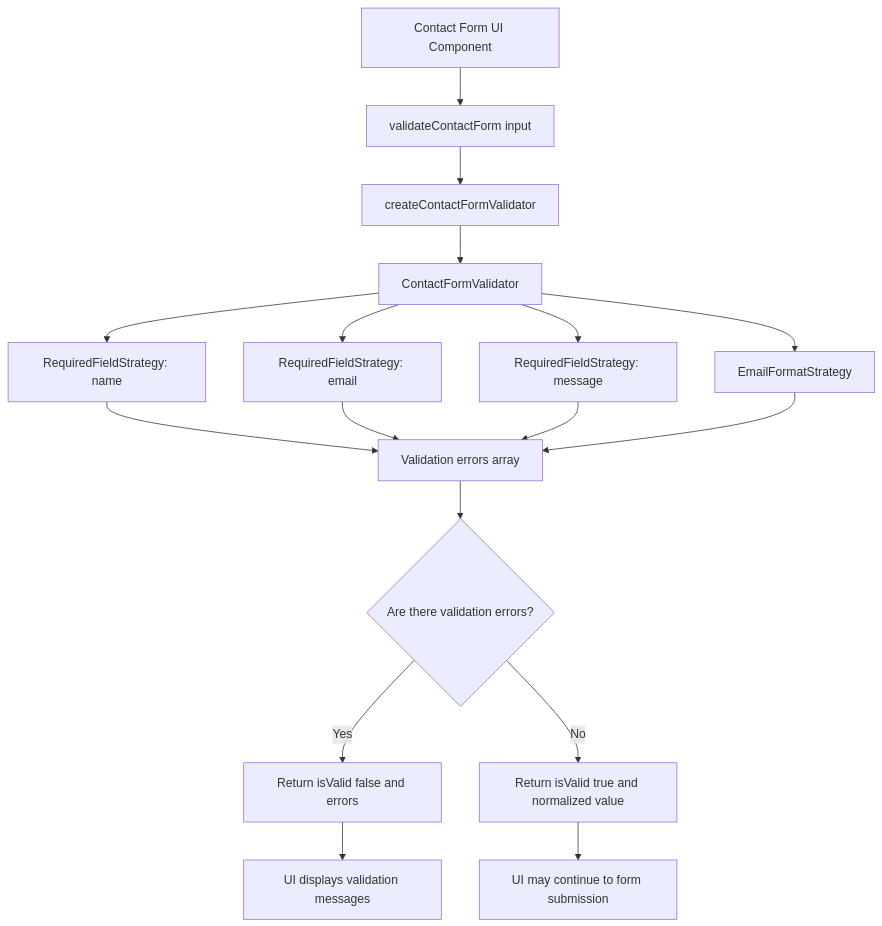
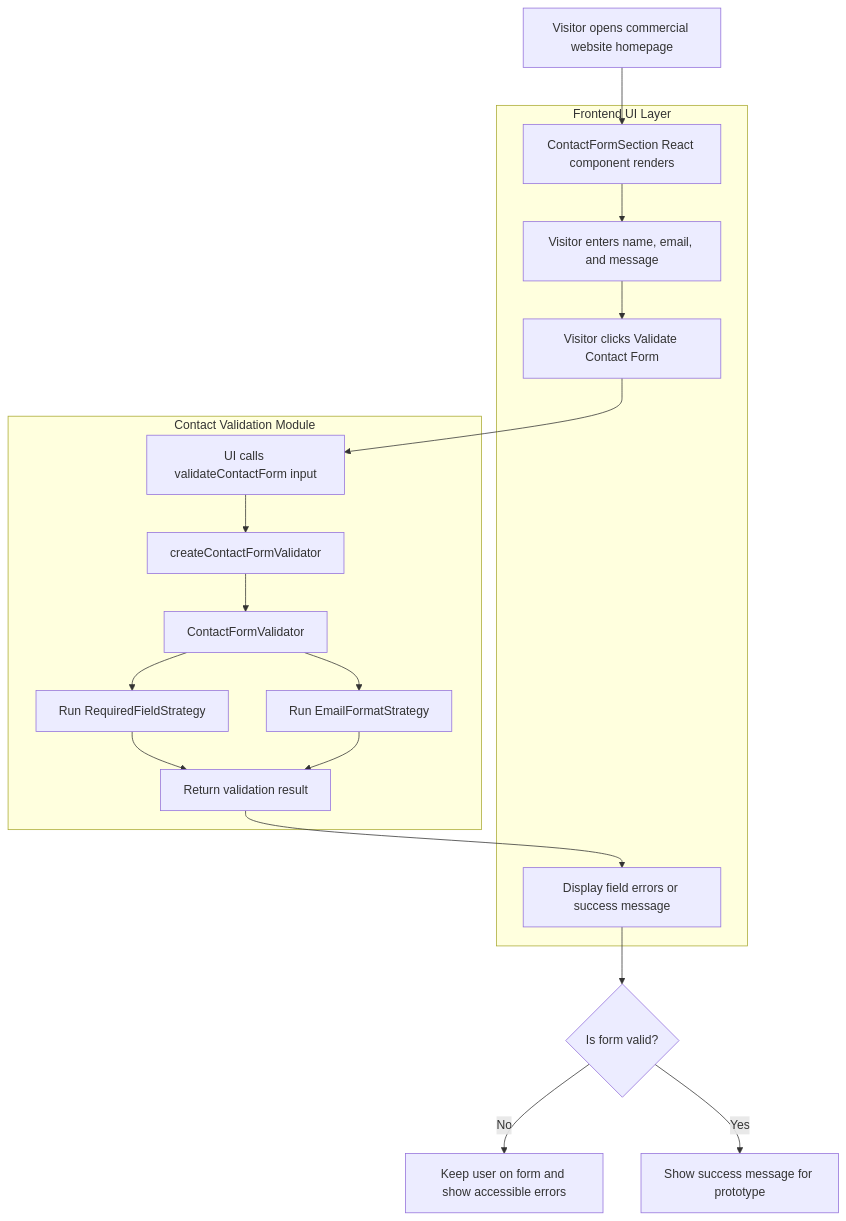
Before and after one commit to DizzyWaters/Commercial_Website_prototype: the diagram in docs/architecture/flow_contact_form_validation.md, drawn with Mermaid. The commit also changed other lines of this file and 13 other files, not shown here.

````diff
--- a/docs/architecture/flow_contact_form_validation.md
+++ b/docs/architecture/flow_contact_form_validation.md
@@ -5,23 +5,28 @@
 ```mermaid
 flowchart TD
-    A[Contact Form UI Component] --> B[validateContactForm input]
-    B --> C[createContactFormValidator]
-    C --> D[ContactFormValidator]
+    A[Visitor opens commercial website homepage] --> B[ContactFormSection React component renders]
+    B --> C[Visitor enters name, email, and message]
+    C --> D[Visitor clicks Validate Contact Form]
+    D --> E[UI calls validateContactForm input]
 
-    D --> E[RequiredFieldStrategy: name]
-    D --> F[RequiredFieldStrategy: email]
-    D --> G[RequiredFieldStrategy: message]
-    D --> H[EmailFormatStrategy]
+    subgraph UI[Frontend UI Layer]
+        B
+        C
+        D
+        K[Display field errors or success message]
+    end
 
-    E --> I[Validation errors array]
-    F --> I
-    G --> I
-    H --> I
+    subgraph Module[Contact Validation Module]
+        E --> F[createContactFormValidator]
+        F --> G[ContactFormValidator]
+        G --> H[Run RequiredFieldStrategy]
+        G --> I[Run EmailFormatStrategy]
+        H --> J[Return validation result]
+        I --> J
+    end
 
-    I --> J{Are there validation errors?}
-    J -- Yes --> K[Return isValid false and errors]
-    J -- No --> L[Return isValid true and normalized value]
-
-    K --> M[UI displays validation messages]
-    L --> N[UI may continue to form submission]
+    J --> K
+    K --> L{Is form valid?}
+    L -- No --> M[Keep user on form and show accessible errors]
+    L -- Yes --> N[Show success message for prototype]
 ```
````
